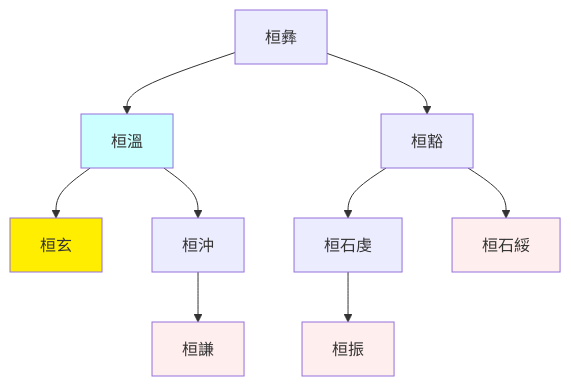
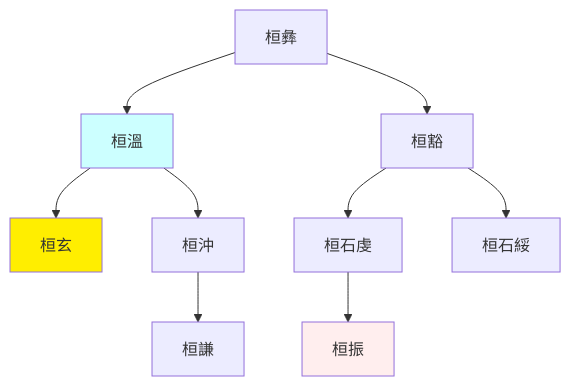
One commit to gamefang/zizhitongjian changed the third of 3 diagrams in 2_世系圖表/2.1_帝王/魏晉/晉朝世系圖.md. Above: the diagram before and after it, drawn with Mermaid. The commit also changed other lines of this file and 7 other files, not shown here.

````diff
--- a/2_世系圖表/2.1_帝王/魏晉/晉朝世系圖.md
+++ b/2_世系圖表/2.1_帝王/魏晉/晉朝世系圖.md
@@ -75,25 +75,25 @@
 ```mermaid
 graph TB
 
 桓彝-->桓溫
 桓彝-->桓豁
 
 桓溫-->桓玄
 桓溫-->桓沖
 
 桓沖-->桓謙
 
 桓豁-->桓石虔
 桓豁-->桓石綏
 
 桓石虔-->桓振
 
 classDef king fill:#ffee00
 class 桓玄 king
 
 classDef control fill:#ccffff
 class 桓溫 control
 
 classDef battle fill:#ffeeee
-class 桓謙,桓振,桓石綏 battle
+class 桓振 battle
 ```
````
